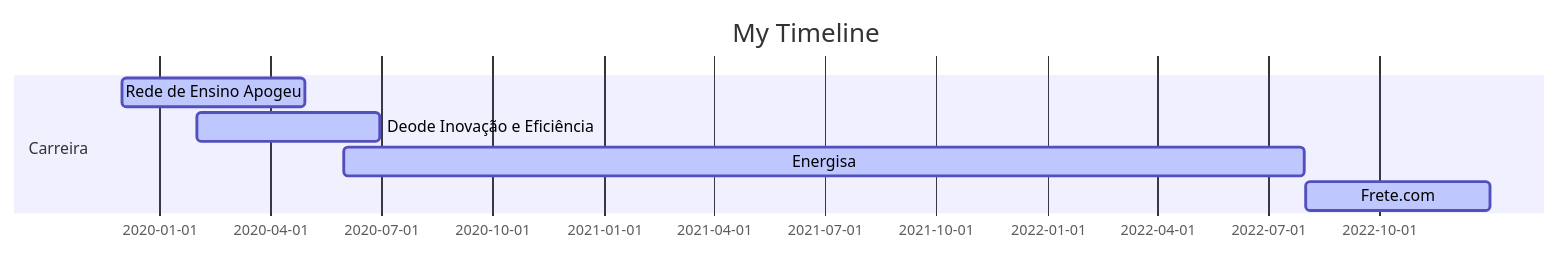
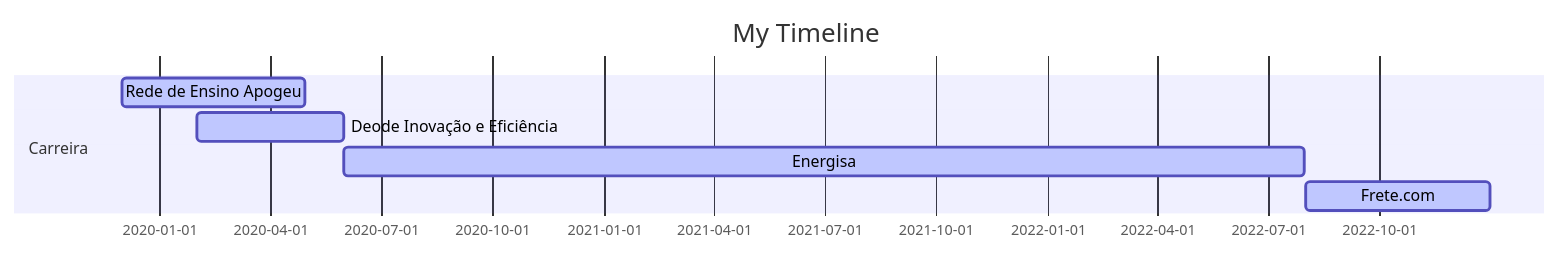
The diagram in README.md (leticiagcsilva/leticiagcsilva), drawn with Mermaid before and after one commit. The commit also changed other lines of this file, not shown here.

````diff
--- a/README.md
+++ b/README.md
@@ -5,13 +5,13 @@
 ```mermaid
 
 gantt
 dateFormat  YYYY-MM-DD
 title My Timeline
 
 section Carreira
 Rede de Ensino Apogeu           :active,, 2019-12-01,2020-04-30
-Deode Inovação e Eficiência         :active,, 2020-02-01,2020-06-30
+Deode Inovação e Eficiência         :active,, 2020-02-01,2020-06-01
 Energisa       :active,, 2020-06-01,2022-07-31
 Frete.com         :active,, 2022-08-01,2022-12-31
 
 ```
````
